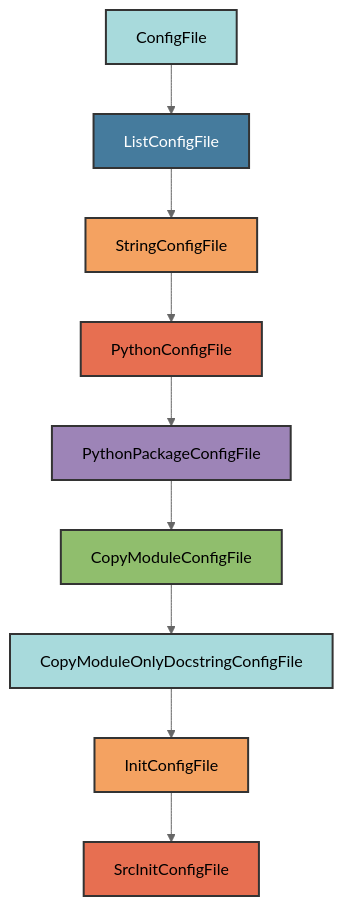
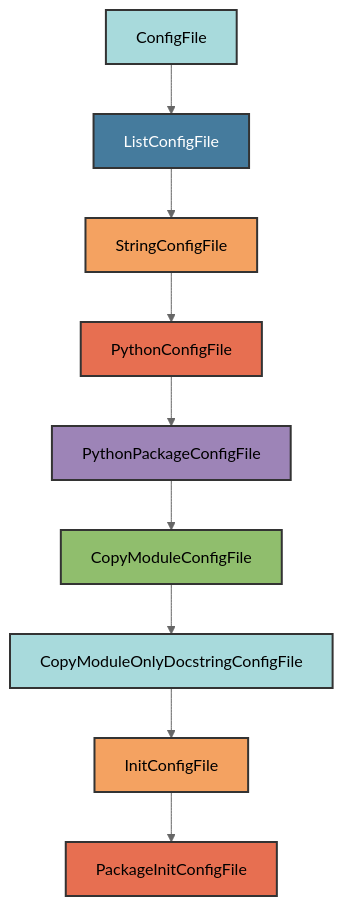
Before and after one commit to Winipedia/pyrig: the diagram in docs/configs/src_init.md, drawn with Mermaid (neutral theme). The commit also changed other lines of this file and 6 other files, not shown here.

Commit message:
removed src package abstraction

````diff
--- a/docs/configs/src_init.md
+++ b/docs/configs/src_init.md
@@ -15,21 +15,21 @@
 ```mermaid
 graph TD
     A[ConfigFile] --> B[ListConfigFile]
     B --> C[StringConfigFile]
     C --> D[PythonConfigFile]
     D --> E[PythonPackageConfigFile]
     E --> F[CopyModuleConfigFile]
     F --> G[CopyModuleOnlyDocstringConfigFile]
     G --> H[InitConfigFile]
-    H --> I[SrcInitConfigFile]
+    H --> I[PackageInitConfigFile]
 
     style A fill:#a8dadc,stroke:#333,stroke-width:2px,color:#000
     style B fill:#457b9d,stroke:#333,stroke-width:2px,color:#fff
     style C fill:#f4a261,stroke:#333,stroke-width:2px,color:#000
     style D fill:#e76f51,stroke:#333,stroke-width:2px,color:#000
     style E fill:#9d84b7,stroke:#333,stroke-width:2px,color:#000
     style F fill:#90be6d,stroke:#333,stroke-width:2px,color:#000
     style G fill:#a8dadc,stroke:#333,stroke-width:2px,color:#000
     style H fill:#f4a261,stroke:#333,stroke-width:2px,color:#000
     style I fill:#e76f51,stroke:#333,stroke-width:2px,color:#000
 ```
````
